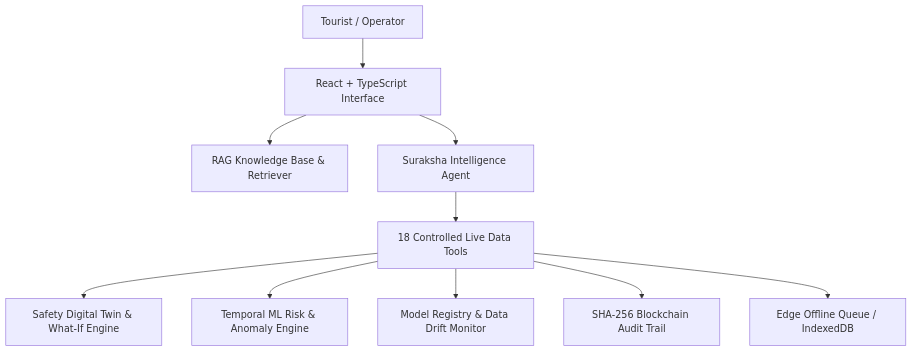
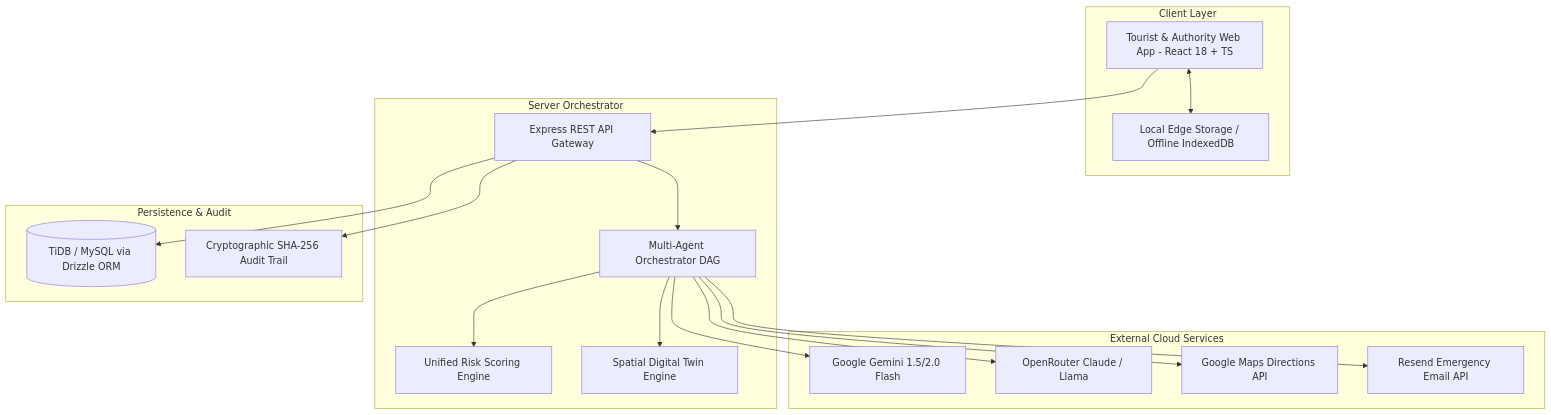
Before and after one commit to Adithya2005-spec/smart-tourist-safety: the second of 2 diagrams in README.md, drawn with Mermaid. The commit also changed other lines of this file, not shown here.

Commit message:
docs: update comprehensive README with multi-agent DAG, dual Gemini/OpenRouter LLMs, Resend, and Maps architecture

````diff
--- a/README.md
+++ b/README.md
@@ -102,12 +190,38 @@
 ```mermaid
 graph TD
-    User[Tourist / Operator] --> UI[React + TypeScript Interface]
-    UI --> RAGRetriever[RAG Knowledge Base & Retriever]
-    UI --> AgentCore[Suraksha Intelligence Agent]
-    AgentCore --> Tools[18 Controlled Live Data Tools]
-    Tools --> TwinEngine[Safety Digital Twin & What-If Engine]
-    Tools --> MLPipeline[Temporal ML Risk & Anomaly Engine]
-    Tools --> ModelRegistry[Model Registry & Data Drift Monitor]
-    Tools --> AuditChain[SHA-256 Blockchain Audit Trail]
-    Tools --> EdgeQueue[Edge Offline Queue / IndexedDB]
+    subgraph Client Layer
+        Web[Tourist & Authority Web App - React 18 + TS]
+        EdgeStore[Local Edge Storage / Offline IndexedDB]
+        Web <--> EdgeStore
+    end
+
+    subgraph Server Orchestrator
+        API[Express REST API Gateway]
+        MultiAgent[Multi-Agent Orchestrator DAG]
+        RiskEng[Unified Risk Scoring Engine]
+        TwinCalc[Spatial Digital Twin Engine]
+    end
+
+    subgraph External Cloud Services
+        Gemini[Google Gemini 1.5/2.0 Flash]
+        OpenRouter[OpenRouter Claude / Llama]
+        GoogleMaps[Google Maps Directions API]
+        Resend[Resend Emergency Email API]
+    end
+
+    subgraph Persistence & Audit
+        DB[(TiDB / MySQL via Drizzle ORM)]
+        AuditChain[Cryptographic SHA-256 Audit Trail]
+    end
+
+    Web --> API
+    API --> MultiAgent
+    MultiAgent --> RiskEng
+    MultiAgent --> TwinCalc
+    MultiAgent --> Gemini
+    MultiAgent --> OpenRouter
+    MultiAgent --> GoogleMaps
+    MultiAgent --> Resend
+    API --> DB
+    API --> AuditChain
 ```
````
